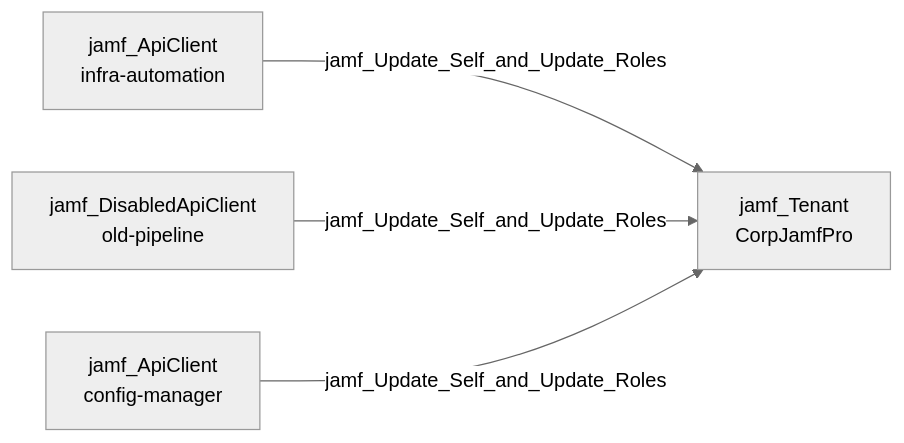
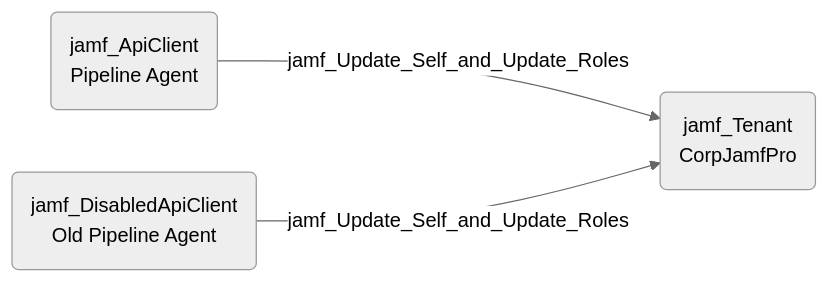
The diagram in docs/opengraph/extensions/jamfhound/reference/edges/jamf_update_self_and_update_roles.mdx (SpecterOps/bloodhound-docs), drawn with Mermaid (neutral theme) before and after one commit. The commit also changed 33 other files, not shown here.

Commit message:
Updated documentation with revised mermaid diagrams

````diff
--- a/docs/opengraph/extensions/jamfhound/reference/edges/jamf_update_self_and_update_roles.mdx
+++ b/docs/opengraph/extensions/jamfhound/reference/edges/jamf_update_self_and_update_roles.mdx
@@ -18,6 +18,11 @@
 ```mermaid
 graph LR
-    A["jamf_ApiClient\ninfra-automation"] -->|jamf_Update_Self_and_Update_Roles| B["jamf_Tenant\nCorpJamfPro"]
-    C["jamf_DisabledApiClient\nold-pipeline"] -->|jamf_Update_Self_and_Update_Roles| B
-    D["jamf_ApiClient\nconfig-manager"] -->|jamf_Update_Self_and_Update_Roles| B
+    A("jamf_ApiClient
+Pipeline Agent")
+    B("jamf_Tenant
+CorpJamfPro")
+    C("jamf_DisabledApiClient
+Old Pipeline Agent")
+    A -- jamf_Update_Self_and_Update_Roles --> B
+    C -- jamf_Update_Self_and_Update_Roles --> B
 ```
````
